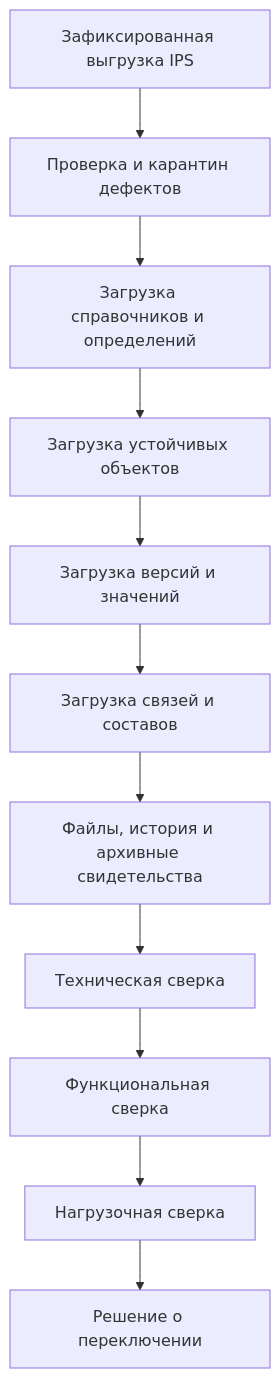
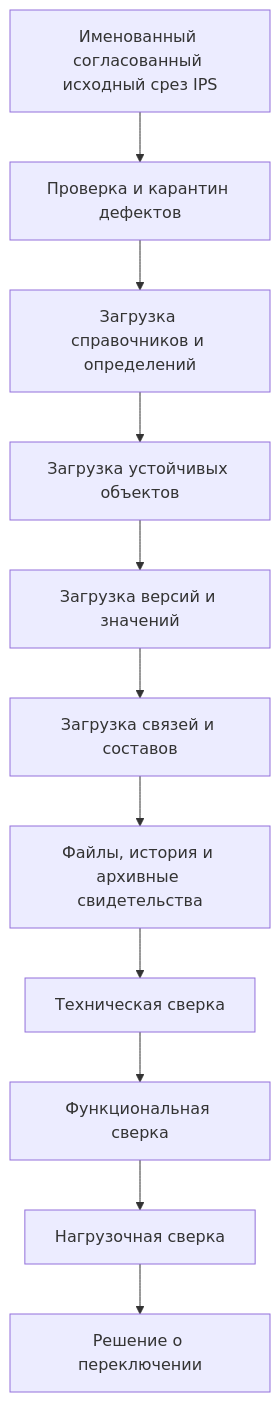
The diagram in wiki/Data-migration-execution.md (ZelAnton/Interlink-product-book), drawn with Mermaid before and after one commit. The commit also changed other lines of this file and 67 other files, not shown here.

````diff
--- a/wiki/Data-migration-execution.md
+++ b/wiki/Data-migration-execution.md
@@ -14,13 +14,13 @@
 ```mermaid
 flowchart TD
-    A["Зафиксированная выгрузка IPS"] --> B["Проверка и карантин дефектов"]
+    A["Именованный согласованный исходный срез IPS"] --> B["Проверка и карантин дефектов"]
     B --> C["Загрузка справочников и определений"]
     C --> D["Загрузка устойчивых объектов"]
     D --> E["Загрузка версий и значений"]
     E --> F["Загрузка связей и составов"]
     F --> G["Файлы, история и архивные свидетельства"]
     G --> H["Техническая сверка"]
     H --> I["Функциональная сверка"]
     I --> J["Нагрузочная сверка"]
     J --> K["Решение о переключении"]
 ```
````
